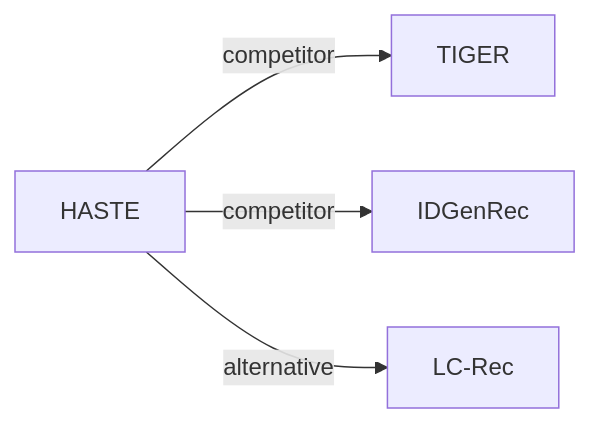
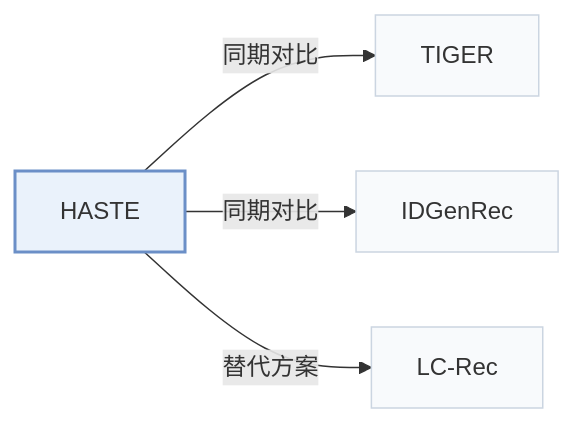
Before and after one commit to Galaxy-ghost/Awesome-SID-Generative-Rec: the second of 2 diagrams in pages/zh/papers/haste.md, drawn with Mermaid. The commit also changed other lines of this file and 649 other files, not shown here.

Commit message:
writer-05: also tags and modality index (schema, check, build, visuals); summary field removed; calibration data for 12 papers

````diff
--- a/pages/zh/papers/haste.md
+++ b/pages/zh/papers/haste.md
@@ -69,7 +73,11 @@
 ```mermaid
 flowchart LR
     P["HASTE"]
-    P -->|competitor| A["TIGER"]
-    P -->|competitor| B["IDGenRec"]
-    P -->|alternative| C["LC-Rec"]
+    P -->|"同期对比"| A["TIGER"]
+    P -->|"同期对比"| B["IDGenRec"]
+    P -->|"替代方案"| C["LC-Rec"]
+    classDef main fill:#eaf2fb,stroke:#6b8fc7,stroke-width:2px
+    classDef peer fill:#f8fafc,stroke:#cbd5e1
+    class P main
+    class A,B,C peer
 ```
````
